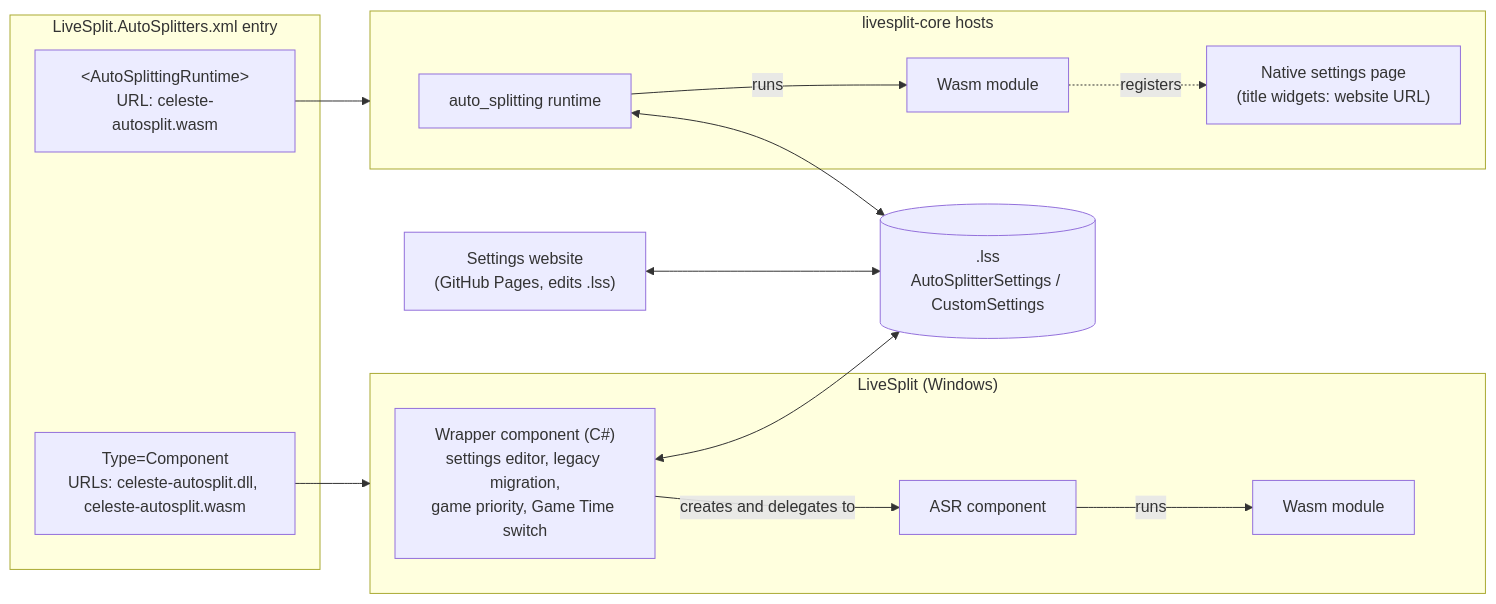
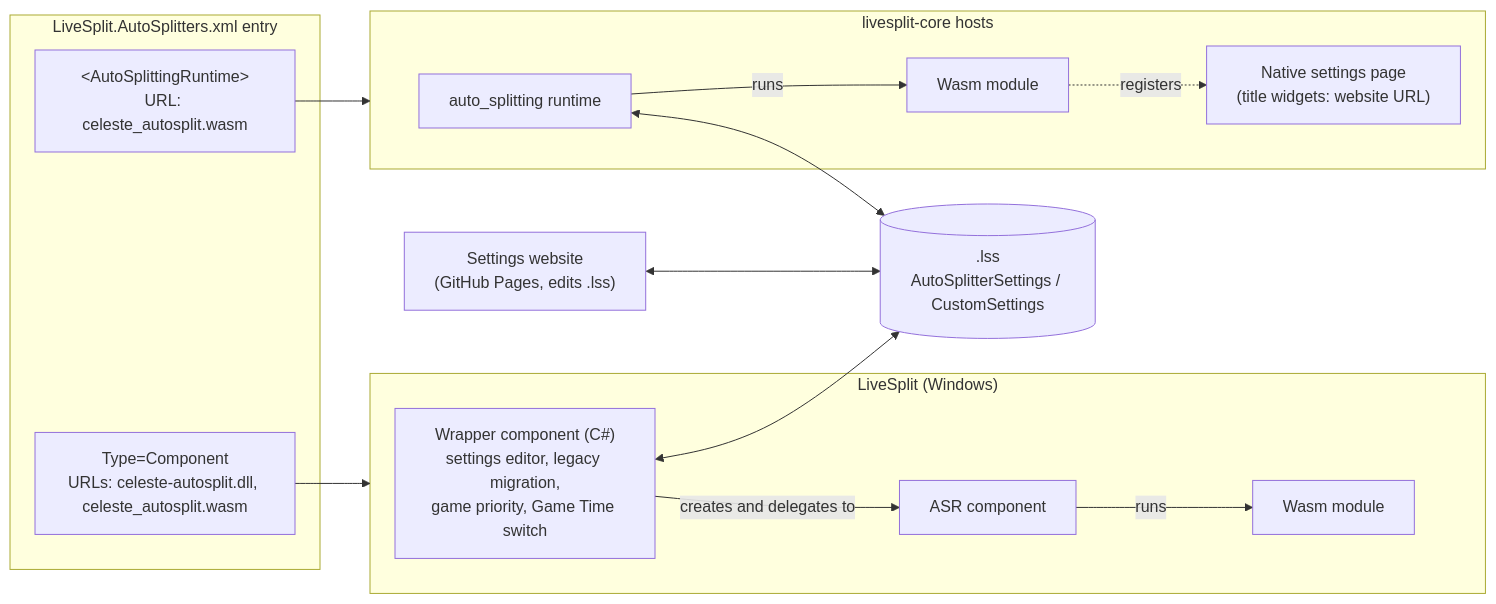
Before and after one commit to caeyo/celeste-autosplit: the diagram in architecture.md, drawn with Mermaid. The commit also changed other lines of this file and 7 other files, not shown here.

Commit message:
Expect celeste_autosplit.wasm not hyphenated

````diff
--- a/architecture.md
+++ b/architecture.md
@@ -59,32 +59,32 @@
 ```mermaid
 flowchart LR
     subgraph List["LiveSplit.AutoSplitters.xml entry"]
-        top["Type=Component<br/>URLs: celeste-autosplit.dll, celeste-autosplit.wasm"]
-        nested["&lt;AutoSplittingRuntime&gt;<br/>URL: celeste-autosplit.wasm"]
+        top["Type=Component<br/>URLs: celeste-autosplit.dll, celeste_autosplit.wasm"]
+        nested["&lt;AutoSplittingRuntime&gt;<br/>URL: celeste_autosplit.wasm"]
     end
 
     subgraph Win["LiveSplit (Windows)"]
         wrapper["Wrapper component (C#)<br/>settings editor, legacy migration,<br/>game priority, Game Time switch"]
         asr["ASR component"]
         wasmW["Wasm module"]
         wrapper -- "creates and delegates to" --> asr
         asr -- runs --> wasmW
     end
 
     subgraph Core["livesplit-core hosts"]
         rt["auto_splitting runtime"]
         wasmC["Wasm module"]
         native["Native settings page<br/>(title widgets: website URL)"]
         rt -- runs --> wasmC
         wasmC -. registers .-> native
     end
 
     web["Settings website<br/>(GitHub Pages, edits .lss)"]
     lss[(".lss<br/>AutoSplitterSettings / CustomSettings")]
 
     top --> Win
     nested --> Core
     wrapper <--> lss
     rt <--> lss
     web <--> lss
 ```
````
